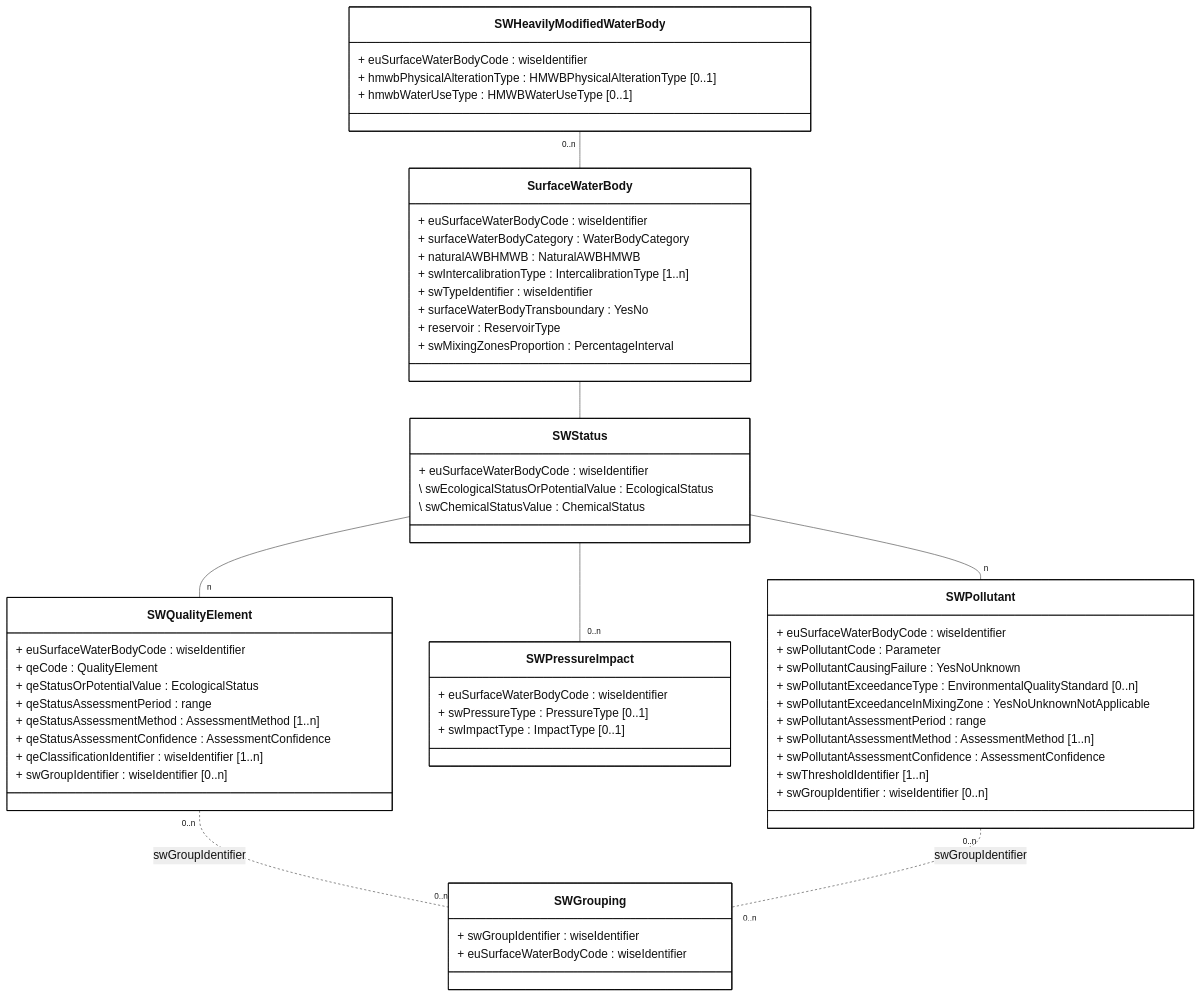
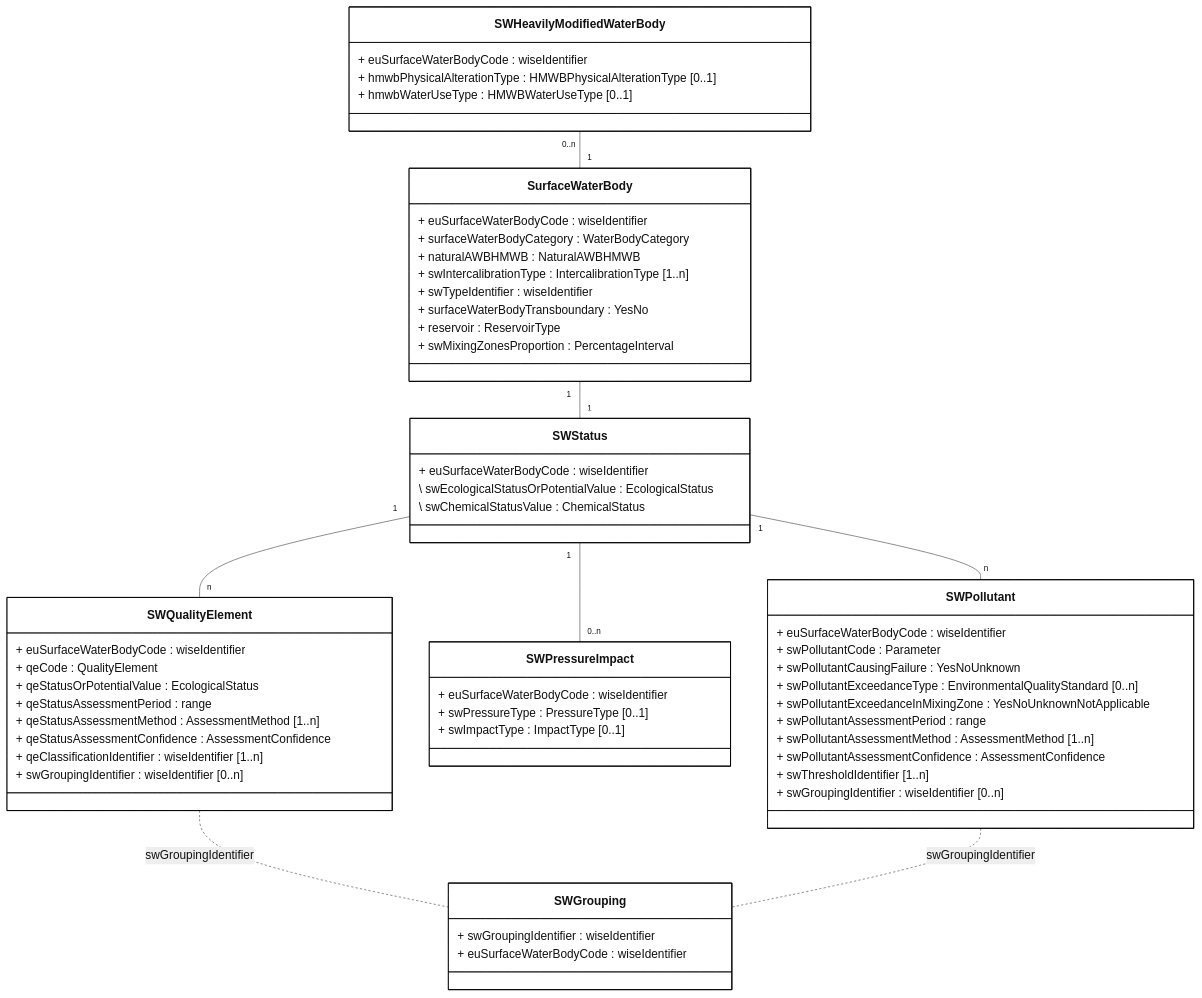
The diagram in docs/DataModelReview/mmd/SurfaceWater_4thCycle_DescriptiveData_ClassDiagram.mmd (eeadata/WISE.WFD.Documentation), drawn with Mermaid before and after one commit. The commit also changed 2 other files, not shown here.

Commit message:
Clarifying the use of the word "grouping"

```diff
--- a/docs/DataModelReview/mmd/SurfaceWater_4thCycle_DescriptiveData_ClassDiagram.mmd
+++ b/docs/DataModelReview/mmd/SurfaceWater_4thCycle_DescriptiveData_ClassDiagram.mmd
@@ -1,81 +1,81 @@
 ---
 config:
   class:
     hideEmptyMembersBox: true
   layout: dagre
   theme: neutral
 ---
 classDiagram
 direction TB
 
 class SurfaceWaterBody {
     + euSurfaceWaterBodyCode : wiseIdentifier
     + surfaceWaterBodyCategory : WaterBodyCategory
     + naturalAWBHMWB : NaturalAWBHMWB
     + swIntercalibrationType : IntercalibrationType [1..n]
     + swTypeIdentifier : wiseIdentifier
     + surfaceWaterBodyTransboundary : YesNo
     + reservoir : ReservoirType
     + swMixingZonesProportion : PercentageInterval
 }
 
 class SWStatus {
     + euSurfaceWaterBodyCode : wiseIdentifier
     \ swEcologicalStatusOrPotentialValue : EcologicalStatus
     \ swChemicalStatusValue : ChemicalStatus
 }
 
 class SWPollutant {
     + euSurfaceWaterBodyCode : wiseIdentifier
     + swPollutantCode : Parameter
     + swPollutantCausingFailure : YesNoUnknown
     + swPollutantExceedanceType : EnvironmentalQualityStandard [0..n]
     + swPollutantExceedanceInMixingZone : YesNoUnknownNotApplicable
     
     + swPollutantAssessmentPeriod : range
     + swPollutantAssessmentMethod : AssessmentMethod [1..n]
     + swPollutantAssessmentConfidence : AssessmentConfidence
 
     + swThresholdIdentifier [1..n]
-    + swGroupIdentifier : wiseIdentifier [0..n]
+    + swGroupingIdentifier : wiseIdentifier [0..n]
 }
 
 class SWPressureImpact {
     + euSurfaceWaterBodyCode : wiseIdentifier
     + swPressureType : PressureType [0..1]
     + swImpactType : ImpactType  [0..1]
 }
 
 class SWHeavilyModifiedWaterBody {
     + euSurfaceWaterBodyCode : wiseIdentifier
     + hmwbPhysicalAlterationType : HMWBPhysicalAlterationType [0..1]
     + hmwbWaterUseType : HMWBWaterUseType [0..1]
 }
 
 class SWQualityElement{
     + euSurfaceWaterBodyCode : wiseIdentifier
     + qeCode : QualityElement
     + qeStatusOrPotentialValue : EcologicalStatus
     + qeStatusAssessmentPeriod : range
     + qeStatusAssessmentMethod : AssessmentMethod [1..n]
     + qeStatusAssessmentConfidence : AssessmentConfidence
     + qeClassificationIdentifier : wiseIdentifier [1..n]
-    + swGroupIdentifier : wiseIdentifier [0..n]
+    + swGroupingIdentifier : wiseIdentifier [0..n]
 }
 class SWGrouping{
-    + swGroupIdentifier : wiseIdentifier
+    + swGroupingIdentifier : wiseIdentifier
     + euSurfaceWaterBodyCode : wiseIdentifier
 }
 
-SWHeavilyModifiedWaterBody "0..n" -- SurfaceWaterBody 
-SurfaceWaterBody -- SWStatus
-SWStatus -- "n" SWQualityElement
-SWStatus -- "0..n" SWPressureImpact
-SWStatus -- "n" SWPollutant
+SWHeavilyModifiedWaterBody "0..n" -- "1" SurfaceWaterBody 
+SurfaceWaterBody "1" -- "1" SWStatus
+SWStatus "1" -- "n" SWQualityElement
+SWStatus "1" -- "0..n" SWPressureImpact
+SWStatus "1" -- "n" SWPollutant
 
-SWQualityElement "0..n" .. "0..n" SWGrouping : swGroupIdentifier
-SWPollutant "0..n" .. "0..n" SWGrouping : swGroupIdentifier
+SWQualityElement .. SWGrouping : swGroupingIdentifier
+SWPollutant .. SWGrouping : swGroupingIdentifier
 
 classDef default fill:white,stroke:#000;
 classDef forFixing fill:white,stroke:#f00;
 classDef otherDataset fill:lightyellow,stroke:#000;
```
